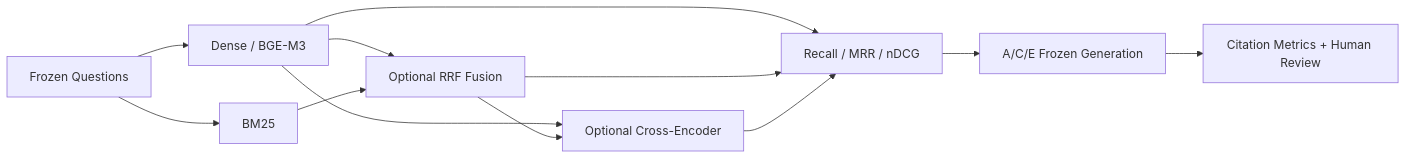
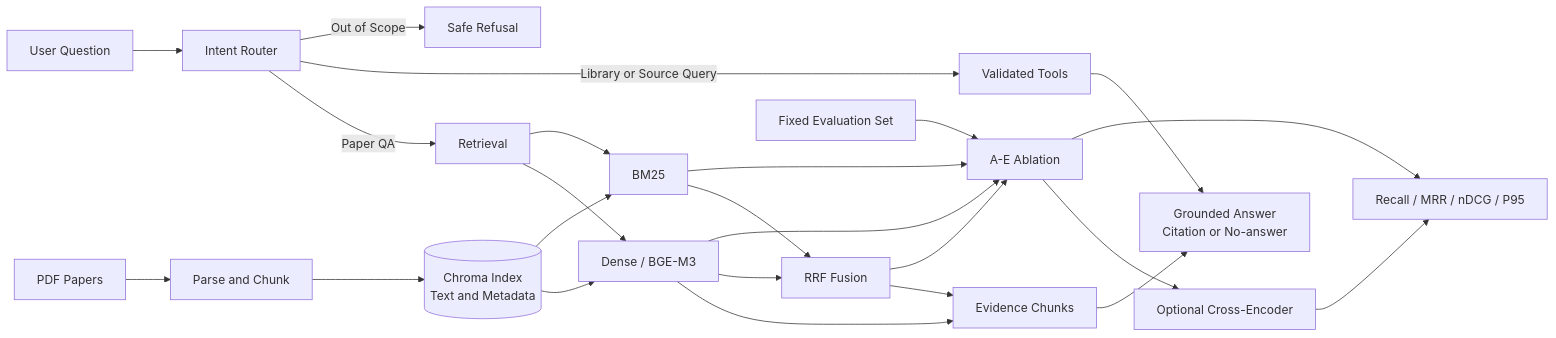
The diagram in README.md (foolishsanjiu/academic_paper_rag_assistant), drawn with Mermaid before and after one commit. The commit also changed other lines of this file and 3 other files, not shown here.

````diff
--- a/README.md
+++ b/README.md
@@ -78,14 +38,29 @@
 ```mermaid
 flowchart LR
-    Q[Frozen Questions] --> D[Dense / BGE-M3]
-    Q --> B[BM25]
-    D --> RRF[Optional RRF Fusion]
+    PDF[PDF Papers] --> P[Parse and Chunk]
+    P --> IDX[(Chroma Index<br/>Text and Metadata)]
+
+    Q[User Question] --> R[Intent Router]
+    R -->|Paper QA| RET[Retrieval]
+    R -->|Library or Source Query| T[Validated Tools]
+    R -->|Out of Scope| N[Safe Refusal]
+
+    IDX --> D[Dense / BGE-M3]
+    IDX --> B[BM25]
+    RET --> D
+    RET --> B
+    D --> F[Evidence Chunks]
+    D --> RRF[RRF Fusion]
     B --> RRF
-    D --> CE[Optional Cross-Encoder]
-    RRF --> CE
-    D --> M[Recall / MRR / nDCG]
-    RRF --> M
+    RRF --> F
+    F --> A[Grounded Answer<br/>Citation or No-answer]
+    T --> A
+
+    E[Fixed Evaluation Set] --> AB[A-E Ablation]
+    D --> AB
+    B --> AB
+    RRF --> AB
+    AB --> CE[Optional Cross-Encoder]
+    AB --> M[Recall / MRR / nDCG / P95]
     CE --> M
-    M --> G[A/C/E Frozen Generation]
-    G --> C[Citation Metrics + Human Review]
 ```
````
